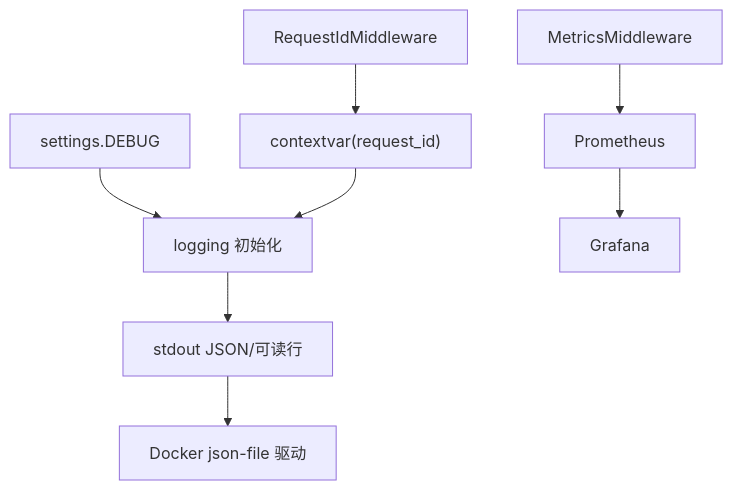
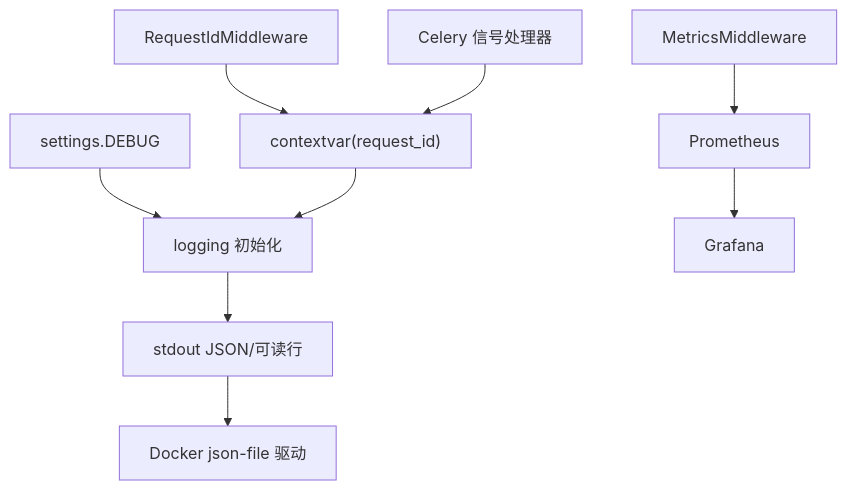
One commit to hlszp/CLPM-MVP changed the eighth of 8 diagrams in .qoder/repowiki/zh/content/架构设计/部署架构设计/日志管理.md. Above: the diagram before and after it, drawn with Mermaid. The commit also changed other lines of this file and 207 other files, not shown here.

````diff
--- a/.qoder/repowiki/zh/content/架构设计/部署架构设计/日志管理.md
+++ b/.qoder/repowiki/zh/content/架构设计/部署架构设计/日志管理.md
@@ -268,10 +329,11 @@
 ```mermaid
 graph TB
 CFG["settings.DEBUG"] --> LOG["logging 初始化"]
 MW["RequestIdMiddleware"] --> CTX["contextvar(request_id)"]
 CTX --> LOG
+CEL["Celery 信号处理器"] --> CTX
 LOG --> STDOUT["stdout JSON/可读行"]
 STDOUT --> DOCK["Docker json-file 驱动"]
 MET["MetricsMiddleware"] --> PROM["Prometheus"]
 PROM --> GRAF["Grafana"]
 ```
````
